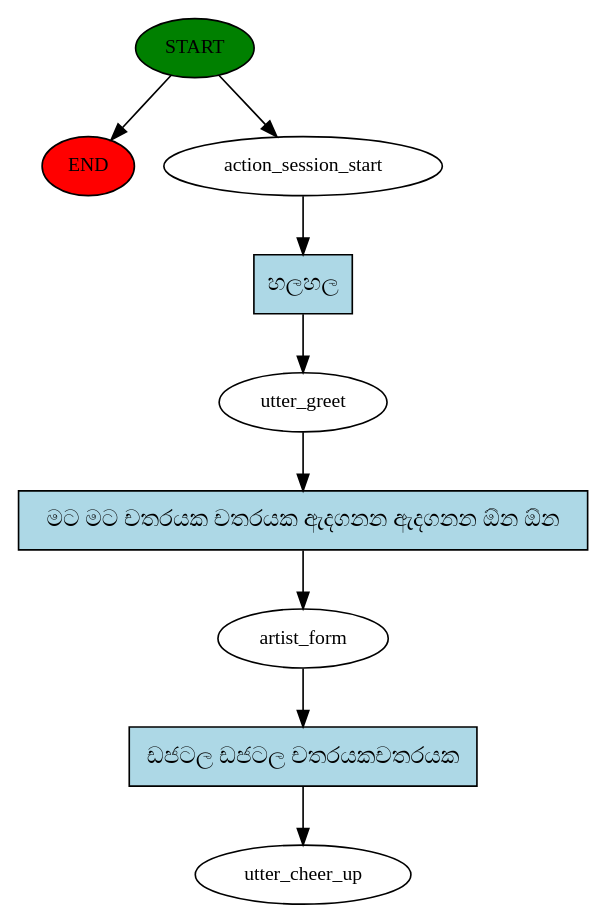
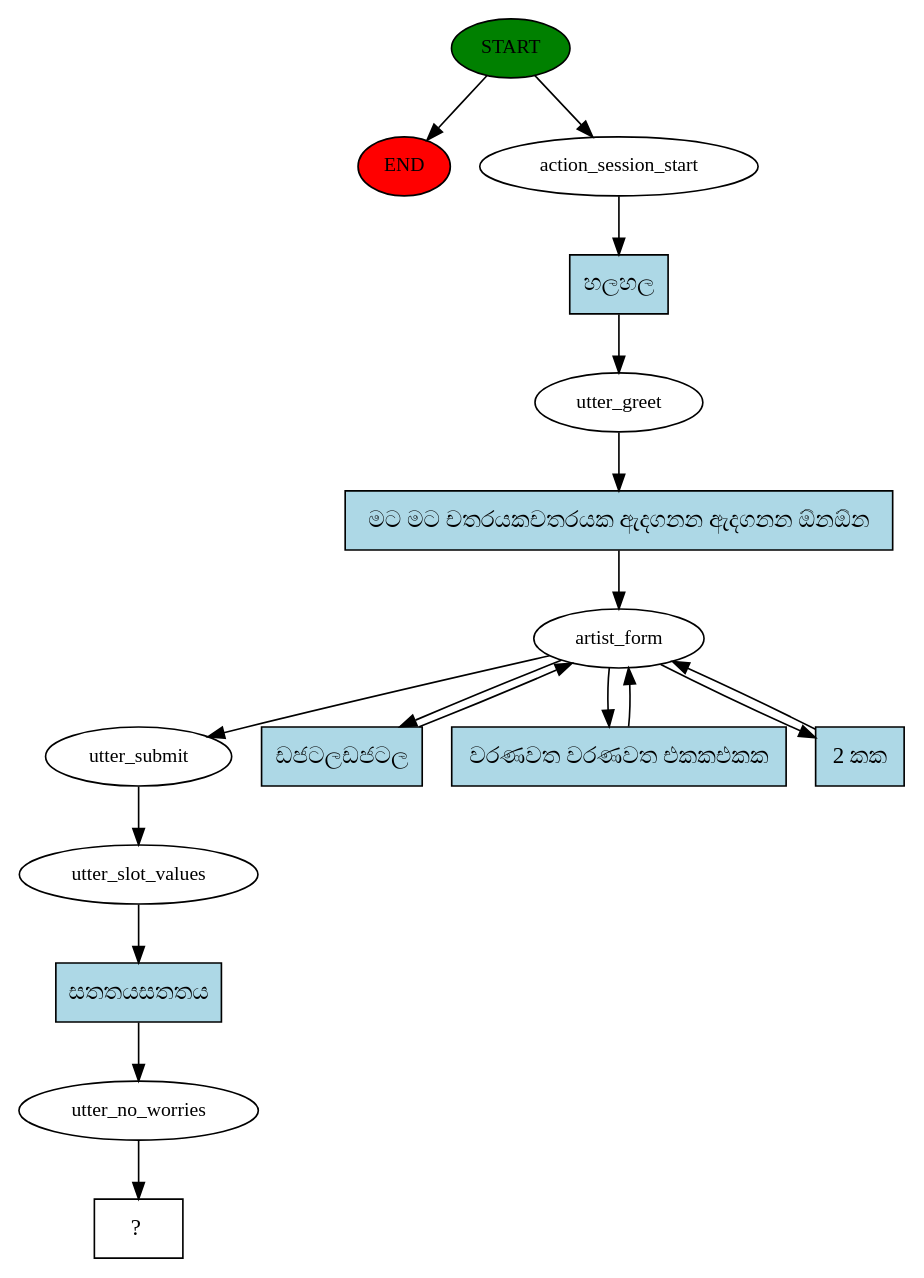
The diagram in story_graph.dot (AnuttharadeSilva/ArtistsFinderChatbot), drawn with Graphviz before and after one commit. The commit also changed 7 other files, not shown here.

```diff
--- a/story_graph.dot
+++ b/story_graph.dot
@@ -1,19 +1,34 @@
 digraph  {
 0 [class="start active", fillcolor=green, fontsize=12, label=START, style=filled];
 "-1" [class=end, fillcolor=red, fontsize=12, label=END, style=filled];
 1 [class=active, fontsize=12, label=action_session_start];
 2 [class=active, fontsize=12, label=utter_greet];
 3 [class=active, fontsize=12, label=artist_form];
-4 [class="dashed active", fontsize=12, label=utter_cheer_up];
-5 [class="intent active", fillcolor=lightblue, label="හලහල", shape=rect, style=filled];
-6 [class="intent active", fillcolor=lightblue, label="මට මට චතරයක චතරයක ඇදගනන ඇදගනන ඕන ඕන", shape=rect, style=filled];
-7 [class="intent active", fillcolor=lightblue, label="ඩජටල ඩජටල චතරයකචතරයක", shape=rect, style=filled];
+7 [class=active, fontsize=12, label=utter_submit];
+8 [class=active, fontsize=12, label=utter_slot_values];
+9 [class=active, fontsize=12, label=utter_no_worries];
+10 [class="intent dashed active", label="  ?  ", shape=rect];
+11 [class="intent active", fillcolor=lightblue, label="හලහල", shape=rect, style=filled];
+12 [class="intent active", fillcolor=lightblue, label="මට මට චතරයකචතරයක ඇදගනන ඇදගනන ඕනඕන", shape=rect, style=filled];
+13 [class="intent active", fillcolor=lightblue, label="ඩජටලඩජටල", shape=rect, style=filled];
+14 [class="intent active", fillcolor=lightblue, label="වරණවත වරණවත එකකඑකක", shape=rect, style=filled];
+15 [class="intent active", fillcolor=lightblue, label="2 කක", shape=rect, style=filled];
+16 [class="intent active", fillcolor=lightblue, label="සතතයසතතය", shape=rect, style=filled];
 0 -> "-1"  [class="", key=NONE, label=""];
 0 -> 1  [class=active, key=NONE, label=""];
-1 -> 5  [class=active, key=0];
-2 -> 6  [class=active, key=0];
-3 -> 7  [class=active, key=0];
-5 -> 2  [class=active, key=0];
-6 -> 3  [class=active, key=0];
-7 -> 4  [class=active, key=0];
+1 -> 11  [class=active, key=0];
+2 -> 12  [class=active, key=0];
+3 -> 7  [class=active, key=NONE, label=""];
+3 -> 13  [class=active, key=0];
+3 -> 14  [class=active, key=0];
+3 -> 15  [class=active, key=0];
+7 -> 8  [class=active, key=NONE, label=""];
+8 -> 16  [class=active, key=0];
+9 -> 10  [class=active, key=NONE, label=""];
+11 -> 2  [class=active, key=0];
+12 -> 3  [class=active, key=0];
+13 -> 3  [class=active, key=0];
+14 -> 3  [class=active, key=0];
+15 -> 3  [class=active, key=0];
+16 -> 9  [class=active, key=0];
 }
```
